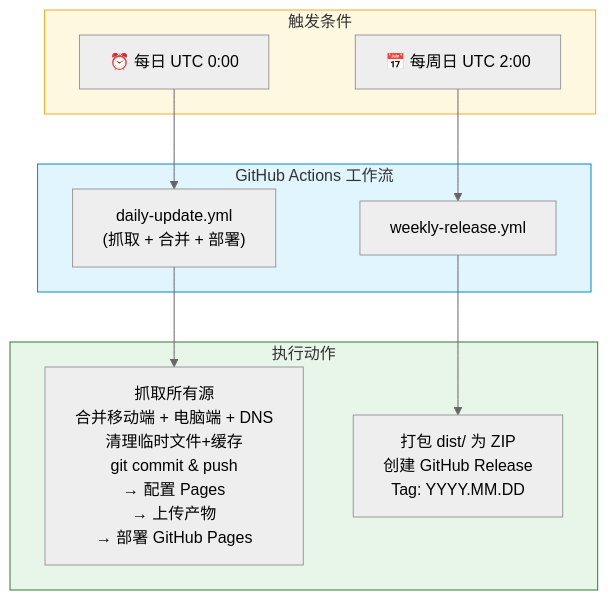
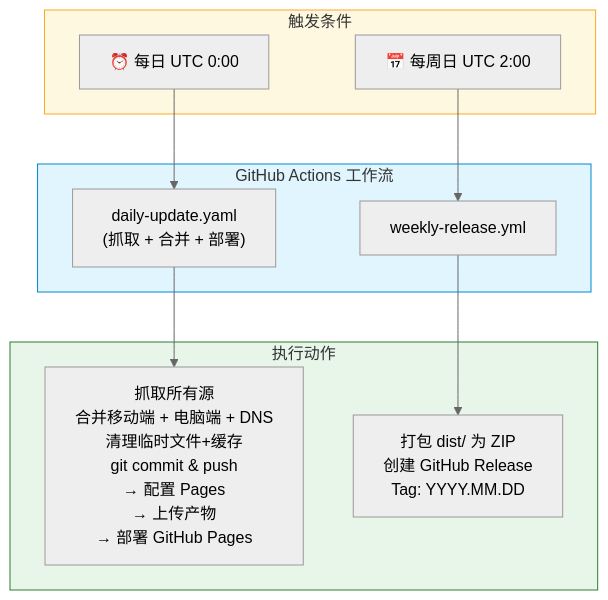
One commit to Chaniug/FilterFusion changed the third of 5 diagrams in docs/PROJECT_DOCS.md. Above: the diagram before and after it, drawn with Mermaid (neutral theme). The commit also changed other lines of this file, not shown here.

````diff
--- a/docs/PROJECT_DOCS.md
+++ b/docs/PROJECT_DOCS.md
@@ -474,24 +474,24 @@
 ```mermaid
 flowchart TB
     subgraph TRIGGERS["触发条件"]
         T1["⏰ 每日 UTC 0:00"]
         T2["📅 每周日 UTC 2:00"]
     end
 
     subgraph WORKFLOWS["GitHub Actions 工作流"]
-        W1["daily-update.yml<br/>(抓取 + 合并 + 部署)"]
+        W1["daily-update.yaml<br/>(抓取 + 合并 + 部署)"]
         W2["weekly-release.yml"]
     end
 
     subgraph ACTIONS["执行动作"]
         A1["抓取所有源<br/>合并移动端 + 电脑端 + DNS<br/>清理临时文件+缓存<br/>git commit & push<br/>→ 配置 Pages<br/>→ 上传产物<br/>→ 部署 GitHub Pages"]
         A2["打包 dist/ 为 ZIP<br/>创建 GitHub Release<br/>Tag: YYYY.MM.DD"]
     end
 
     T1 --> W1 --> A1
     T2 --> W2 --> A2
 
     style TRIGGERS fill:#fff8e1,stroke:#f9a825
     style WORKFLOWS fill:#e1f5fe,stroke:#0288d1
     style ACTIONS fill:#e8f5e9,stroke:#2e7d32
 ```
````
